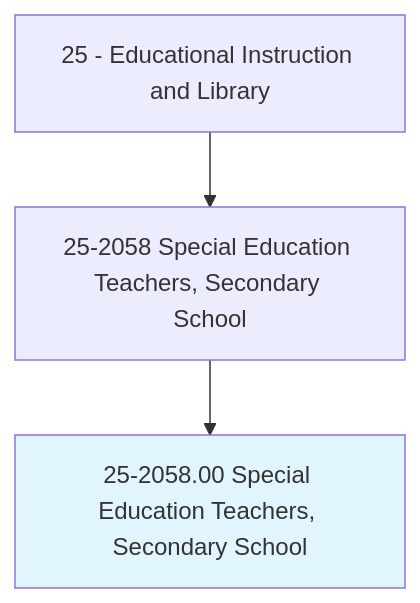
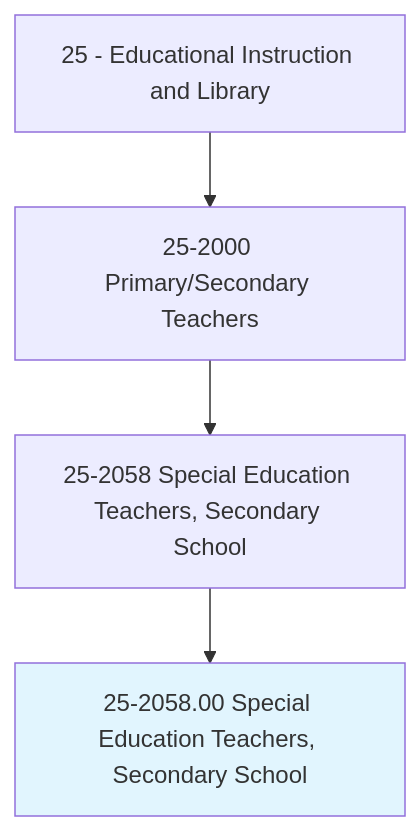
One commit to kziemski/business.org.ai changed the first of 4 diagrams in occupations/Education/SpecialEducationTeachersSecondarySchool.mdx. Above: the diagram before and after it, drawn with Mermaid. The commit also changed other lines of this file and 938 other files, not shown here.

````diff
--- a/occupations/Education/SpecialEducationTeachersSecondarySchool.mdx
+++ b/occupations/Education/SpecialEducationTeachersSecondarySchool.mdx
@@ -19,6 +23,7 @@
 ```mermaid
 graph TD
-    Cat25["25 - Educational Instruction and Library"] --> Group252058["25-2058 Special Education Teachers, Secondary School"]
+    Cat25["25 - Educational Instruction and Library"] --> Group252["25-2000 Primary/Secondary Teachers"]
+    Group252 --> Group252058["25-2058 Special Education Teachers, Secondary School"]
     Group252058 --> Current["25-2058.00 Special Education Teachers, Secondary School"]
     style Current fill:#e1f5fe
 ```
````
